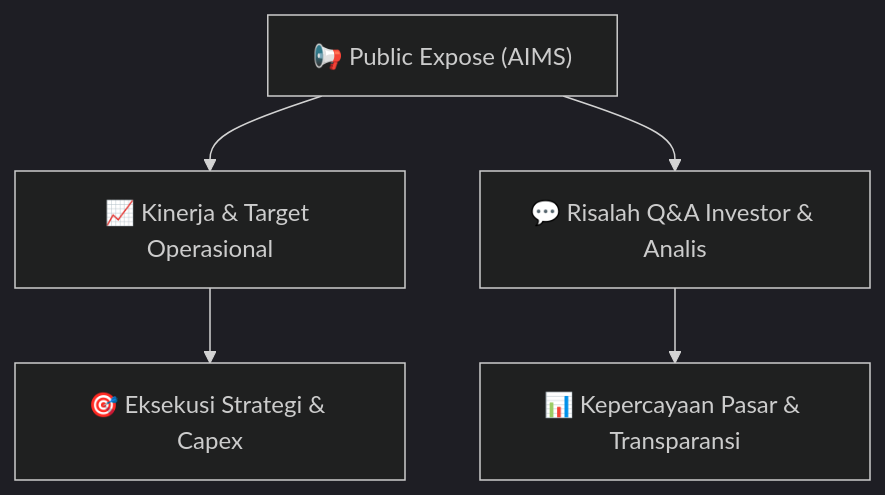
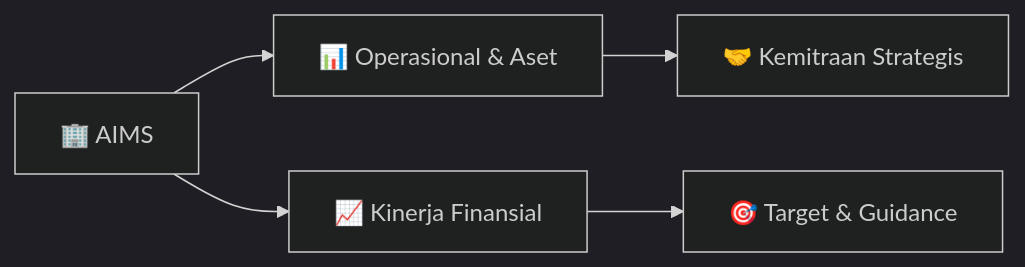
One commit to anYoneo/alphadigest-idx changed the diagram in reports/summaries/public-exposes/informasi-pubex/AIMS_Public_Expose_20260903.md. Above: the diagram before and after it, drawn with Mermaid (dark theme). The commit also changed other lines of this file and 526 other files, not shown here.

````diff
--- a/reports/summaries/public-exposes/informasi-pubex/AIMS_Public_Expose_20260903.md
+++ b/reports/summaries/public-exposes/informasi-pubex/AIMS_Public_Expose_20260903.md
@@ -15,7 +77,7 @@
 ```mermaid
-flowchart TD
-    A["📢 Public Expose (AIMS)"] --> B["📈 Kinerja & Target Operasional"]
-    A --> C["💬 Risalah Q&A Investor & Analis"]
-    B --> D["🎯 Eksekusi Strategi & Capex"]
-    C --> E["📊 Kepercayaan Pasar & Transparansi"]
+flowchart LR
+    A["🏢 AIMS"] --> B["📊 Operasional & Aset"]
+    A --> C["📈 Kinerja Finansial"]
+    B --> D["🤝 Kemitraan Strategis"]
+    C --> E["🎯 Target & Guidance"]
 ```
````
